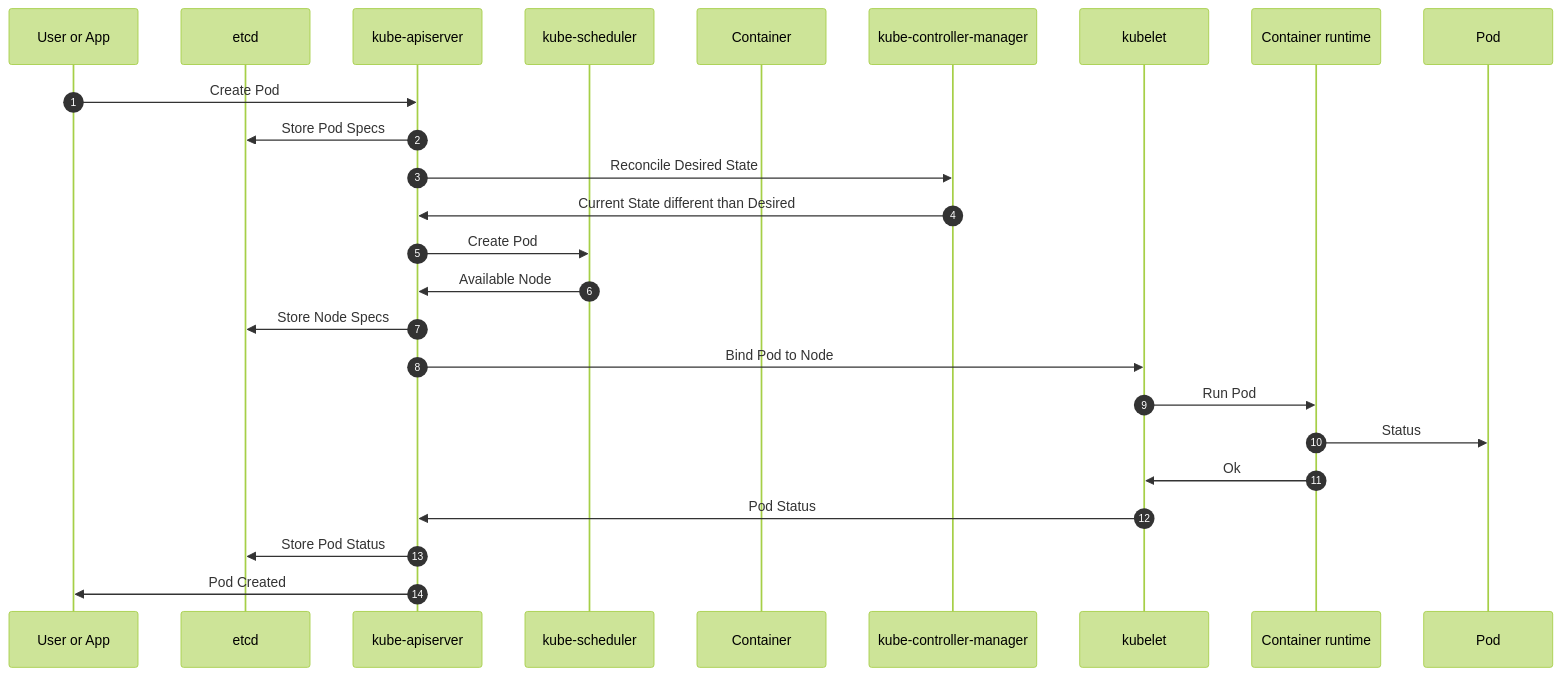
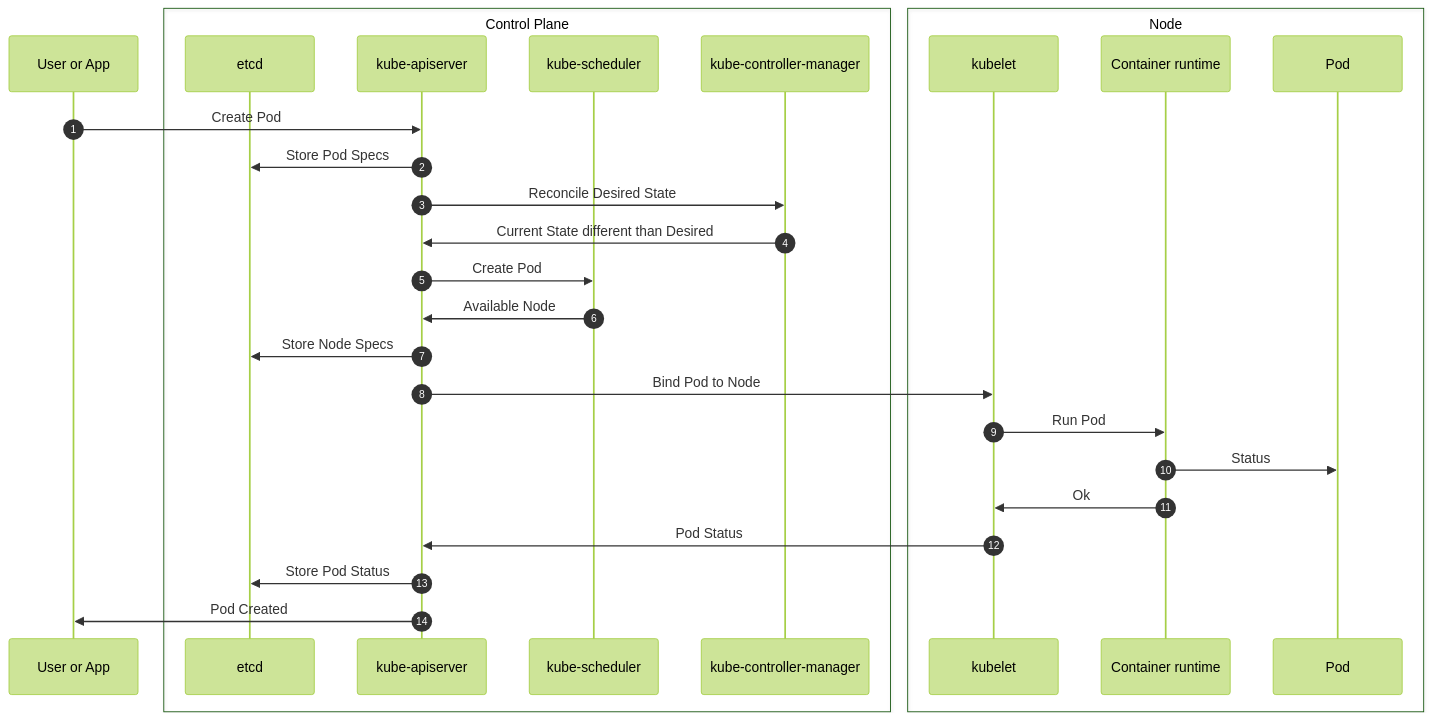
One commit to PacktPublishing/Kubernetes-Secrets-Handbook changed the diagram in ch01/example01/readme.md. Above: the diagram before and after it, drawn with Mermaid (forest theme).

Commit message:
chapter 1 - example 2

````diff
--- a/ch01/example01/readme.md
+++ b/ch01/example01/readme.md
@@ -558,27 +558,30 @@
 ```mermaid
 sequenceDiagram
 participant User or App
+box Control Plane
 participant etcd
 participant kube-apiserver
 participant kube-scheduler
-participant Container
 participant kube-controller-manager
+end
+box Node
 participant kubelet
 participant Container runtime
 participant Pod
+end
 autonumber
   User or App->>kube-apiserver: Create Pod
   kube-apiserver->>etcd: Store Pod Specs
   kube-apiserver->>kube-controller-manager: Reconcile Desired State
   kube-controller-manager->>kube-apiserver: Current State different than Desired
   kube-apiserver->>kube-scheduler: Create Pod
   kube-scheduler->>kube-apiserver: Available Node
   kube-apiserver->>etcd: Store Node Specs
   kube-apiserver->>kubelet: Bind Pod to Node
   kubelet->>Container runtime: Run Pod
   Container runtime->>Pod: Status
   Container runtime->>kubelet: Ok
   kubelet->>kube-apiserver: Pod Status
   kube-apiserver->>etcd: Store Pod Status
   kube-apiserver->>User or App: Pod Created
 ```
````
